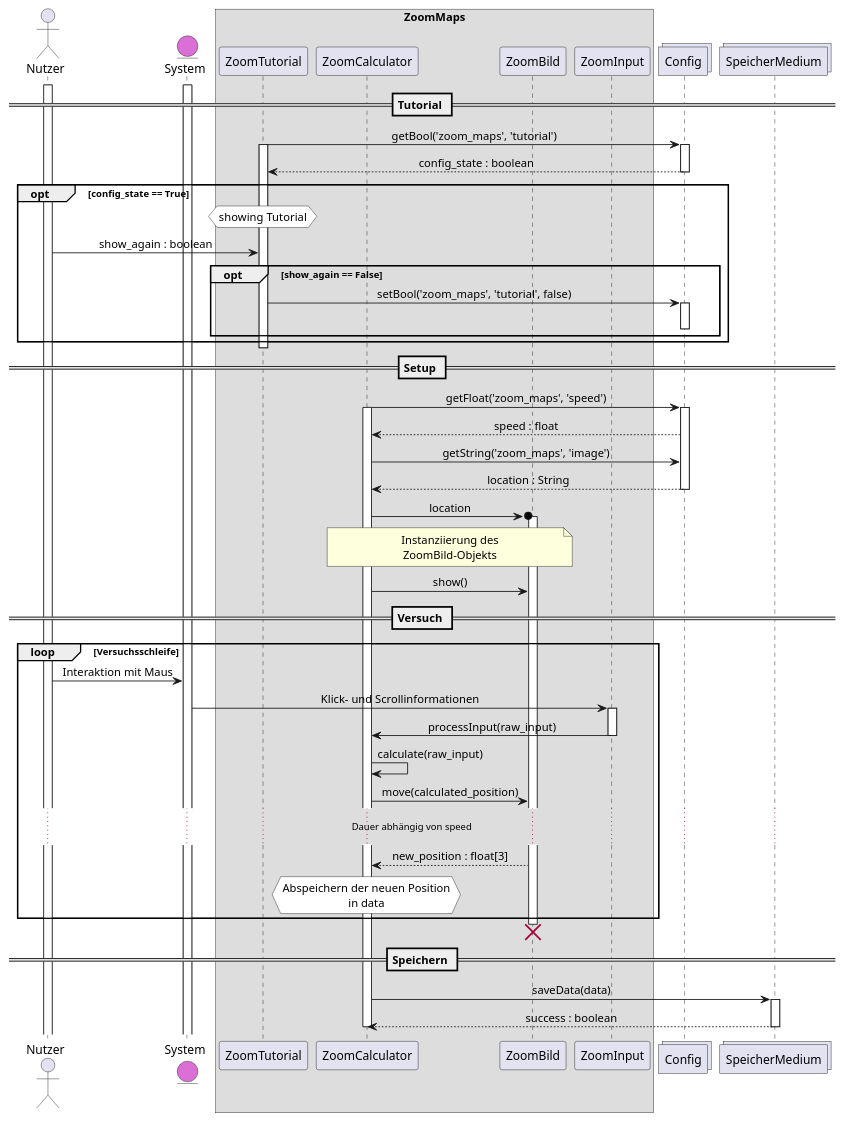
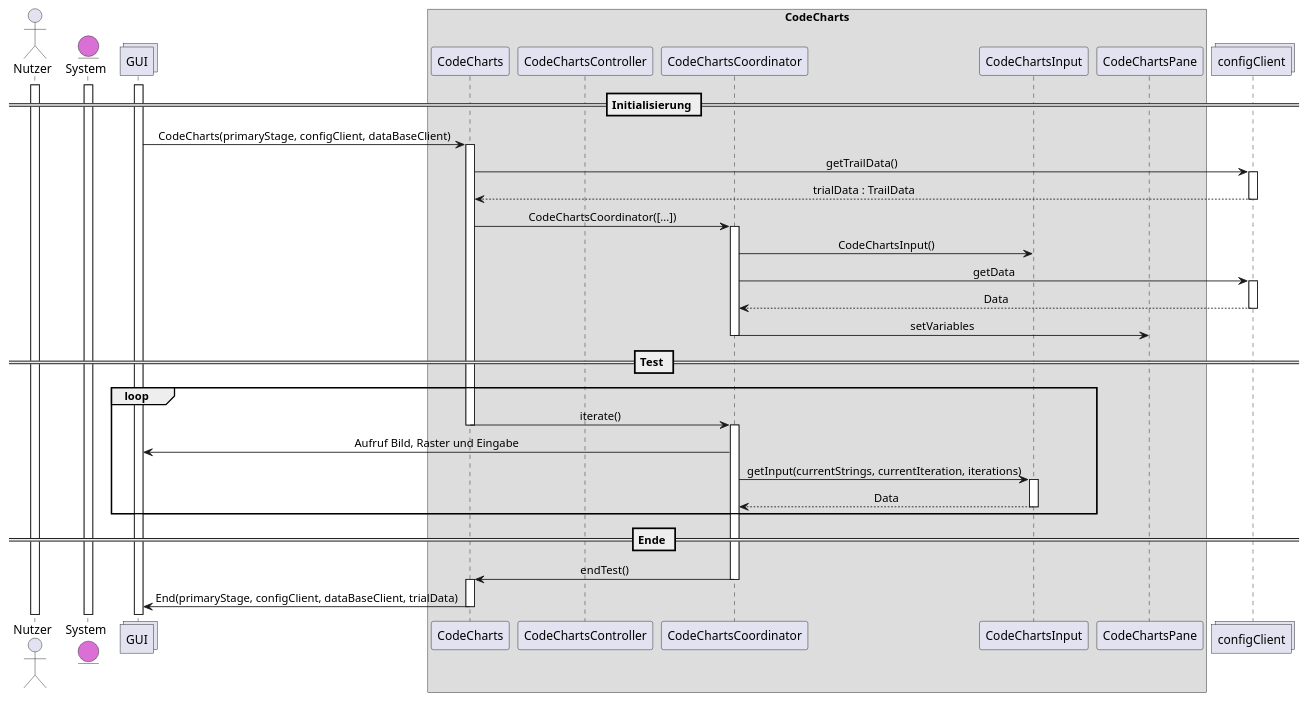
The diagram in uml-sequence/codecharts/sequenz-codecharts.puml (weichware-10/dokumente), drawn with PlantUML before and after one commit.

Commit message:
[docs] Sequenz CodeCharts

```diff
--- a/uml-sequence/codecharts/sequenz-codecharts.puml
+++ b/uml-sequence/codecharts/sequenz-codecharts.puml
@@ -1,77 +1,64 @@
-@startuml zoommaps
+@startuml codecharts
 skinparam defaultTextAlignment center
 
 
 actor       Nutzer          as n
 entity      System          as s    #DA70D5
+collections GUI             as g
 
-box ZoomMaps
-participant ZoomTutorial    as zt
-participant ZoomCalculator  as zc
-participant ZoomBild        as zb
-participant ZoomInput       as zi
+box CodeCharts
+
+participant CodeCharts              as cc
+participant CodeChartsController    as ct
+participant CodeChartsCoordinator   as co
+participant CodeChartsInput         as ci
+participant CodeChartsPane          as cp
 end box
 
-collections Config          as c
-collections SpeicherMedium  as sm
+collections configClient          as c
 
 activate n
 activate s
+activate g
 
-== Tutorial ==
-zt -> c : getBool('zoom_maps', 'tutorial')
-activate zt
+== Initialisierung ==
+g -> cc : CodeCharts(primaryStage, configClient, dataBaseClient)
+activate cc
+cc -> c : getTrailData()
 activate c
-c --> zt : config_state : boolean
+c --> cc : trialData : TrailData
 deactivate c
+cc -> co : CodeChartsCoordinator([...])
+activate co
+co -> ci : CodeChartsInput()
+co -> c : getData
+activate c
+c --> co : Data
+deactivate c
+co -> cp : setVariables
+deactivate co
 
-opt config_state == True
-    hnote over zt #FFFFFF: showing Tutorial
-    n -> zt : show_again : boolean
-    opt show_again == False
-        zt -> c : setBool('zoom_maps', 'tutorial', false)
-        activate c
-        deactivate c
-    end
+
+
+
+== Test ==
+loop
+    cc -> co : iterate()
+    deactivate cc
+    activate co
+    co -> g : Aufruf Bild, Raster und Eingabe
+    co -> ci : getInput(currentStrings, currentIteration, iterations)
+    activate ci
+    ci --> co : Data
+    deactivate ci
 end
 
-deactivate zt
 
-== Setup ==
-zc -> c : getFloat('zoom_maps', 'speed')
-activate zc
-activate c
-c --> zc : speed : float
-zc -> c : getString('zoom_maps', 'image')
-c --> zc : location : String
-deactivate c
-
-zc ->o zb : location
-activate zb
-note over zc, zb : Instanziierung des\nZoomBild-Objekts
-zc -> zb : show()
-
-== Versuch ==
-loop Versuchsschleife
-    n -> s : Interaktion mit Maus
-    s -> zi : Klick- und Scrollinformationen
-    activate zi
-    zi -> zc : processInput(raw_input)
-    deactivate zi
-    zc -> zc : calculate(raw_input)
-    zc -> zb : move(calculated_position)
-    ... Dauer abhängig von speed ...
-    zb --> zc : new_position : float[3]
-    hnote over zc #FFFFFF: Abspeichern der neuen Position\nin data
-end
-destroy zb
-
-
-== Speichern ==
-zc -> sm : saveData(data)
-activate sm
-sm --> zc : success : boolean
-deactivate sm
-deactivate zc
+== Ende == 
+co -> cc : endTest()
+deactivate co
+activate cc
+cc -> g : End(primaryStage, configClient, dataBaseClient, trialData)
+deactivate cc
 
 @enduml
```
